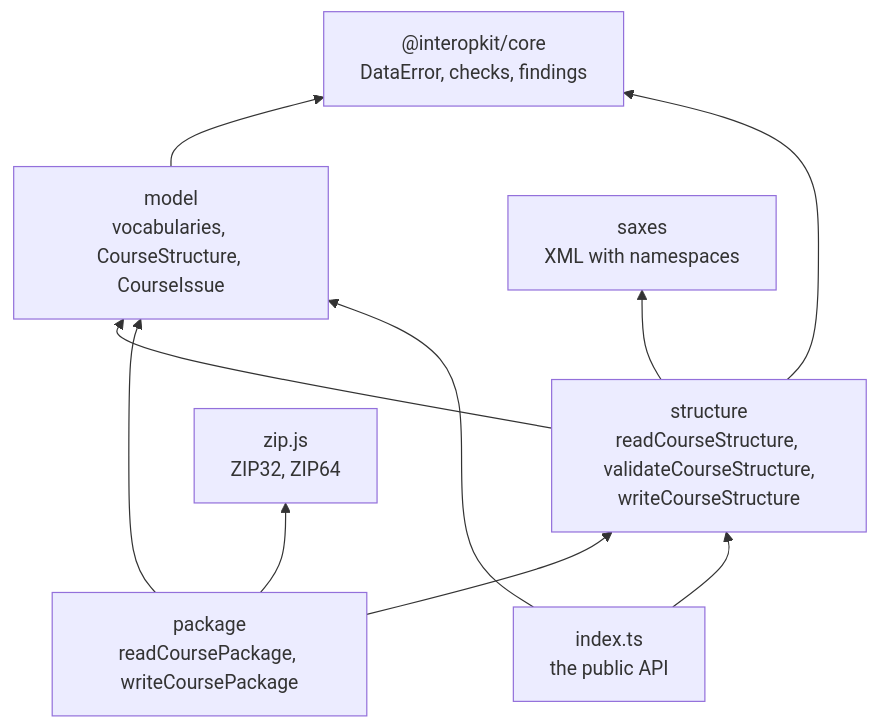
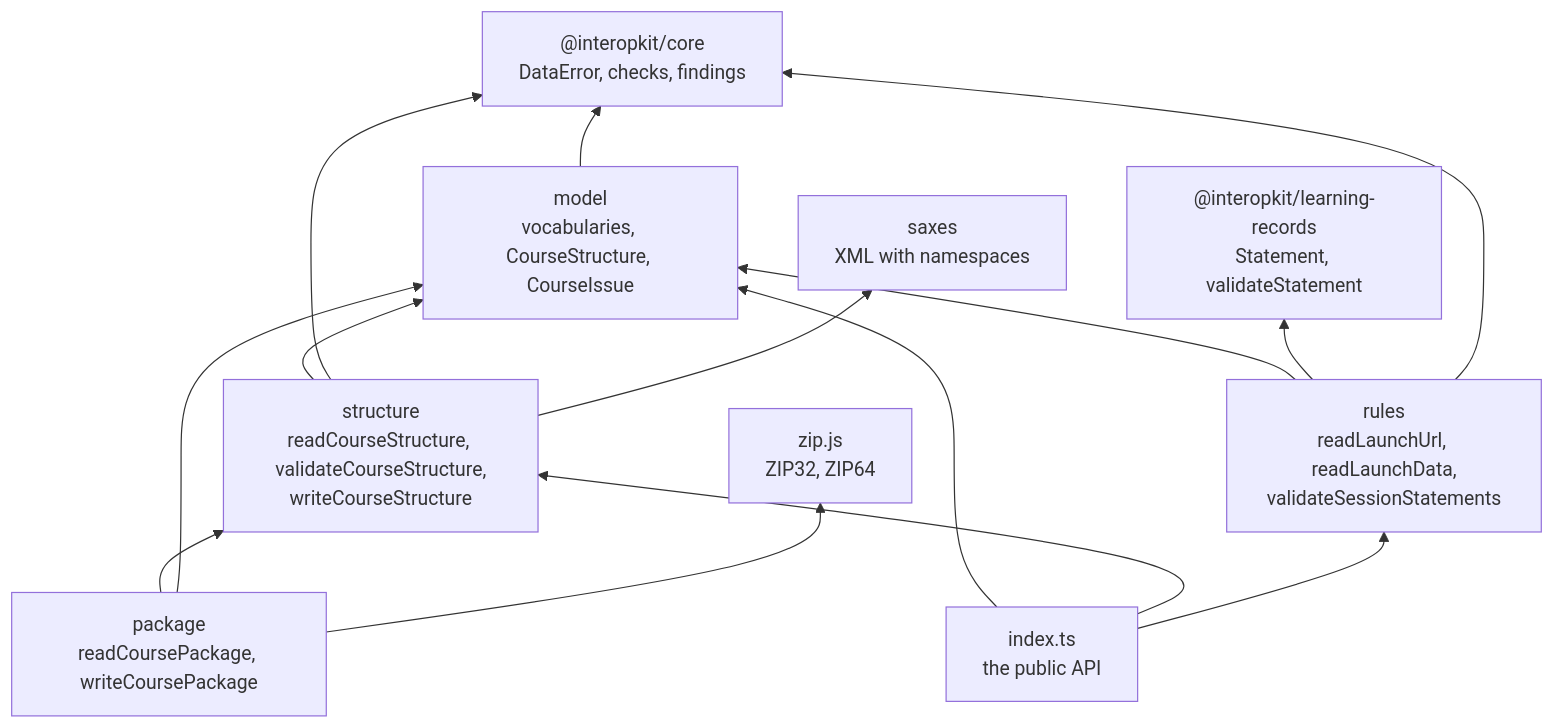
One commit to interopkit/interopkit changed the diagram in docs/course-launch/architecture.md. Above: the diagram before and after it, drawn with Mermaid. The commit also changed other lines of this file and 33 other files, not shown here.

````diff
--- a/docs/course-launch/architecture.md
+++ b/docs/course-launch/architecture.md
@@ -9,19 +12,25 @@
 ```mermaid
 flowchart BT
   core["@interopkit/core<br/>DataError, checks, findings"]
   model["model<br/>vocabularies, CourseStructure, CourseIssue"]
   structure["structure<br/>readCourseStructure, validateCourseStructure,<br/>writeCourseStructure"]
   package["package<br/>readCoursePackage, writeCoursePackage"]
   saxes["saxes<br/>XML with namespaces"]
   zip["zip.js<br/>ZIP32, ZIP64"]
+  rules["rules<br/>readLaunchUrl, readLaunchData,<br/>validateSessionStatements"]
+  records["@interopkit/learning-records<br/>Statement, validateStatement"]
   root["index.ts<br/>the public API"]
+  rules --> model
+  rules --> records
+  rules --> core
   model --> core
   structure --> model
   structure --> core
   structure --> saxes
   package --> structure
   package --> model
   package --> zip
   root --> model
   root --> structure
+  root --> rules
 ```
````
